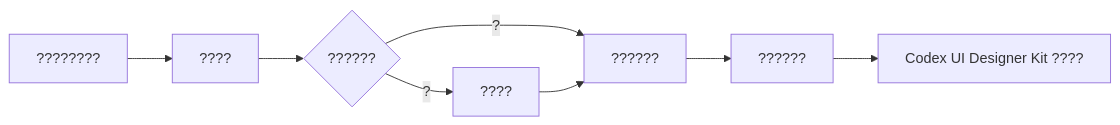
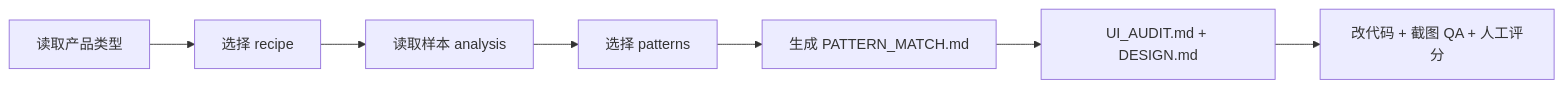
One commit to yuzhang-ai/codex-ui-designer-kit changed the diagram in samples/README.md. Above: the diagram before and after it, drawn with Mermaid. The commit also changed other lines of this file and 55 other files, not shown here.

Commit message:
Upgrade UI designer kit to pattern-first workflow

````diff
--- a/samples/README.md
+++ b/samples/README.md
@@ -59,10 +76,9 @@
 ```mermaid
 flowchart LR
-  A[????????] --> B[????]
-  B --> C{??????}
-  C -->|?| D[????]
-  C -->|?| E[??????]
-  D --> E
-  E --> F[??????]
-  F --> G[Codex UI Designer Kit ????]
+  A["读取产品类型"] --> B["选择 recipe"]
+  B --> C["读取样本 analysis"]
+  C --> D["选择 patterns"]
+  D --> E["生成 PATTERN_MATCH.md"]
+  E --> F["UI_AUDIT.md + DESIGN.md"]
+  F --> G["改代码 + 截图 QA + 人工评分"]
 ```
````
